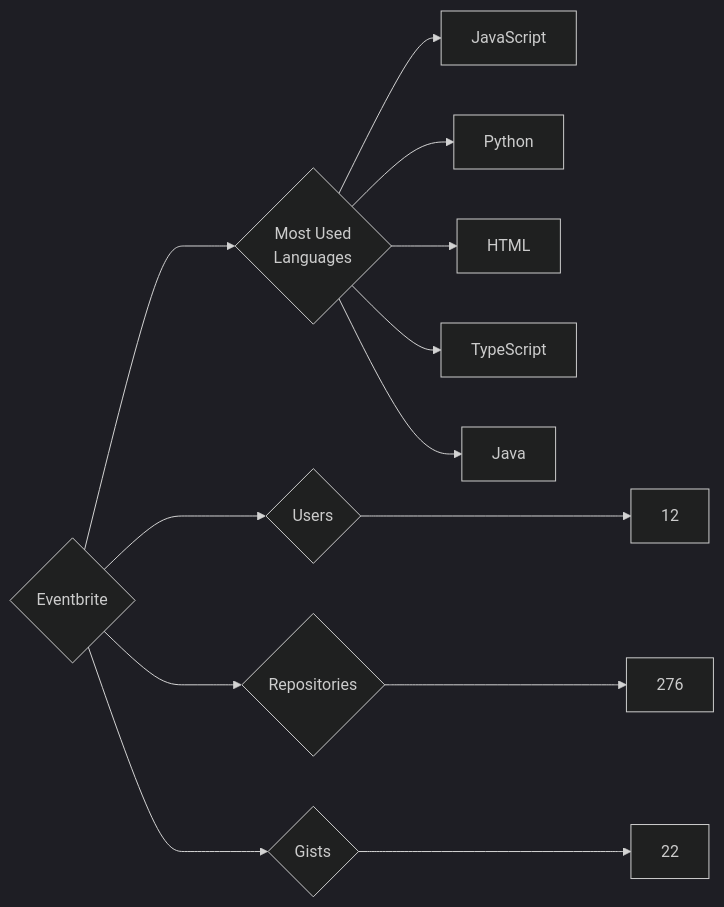
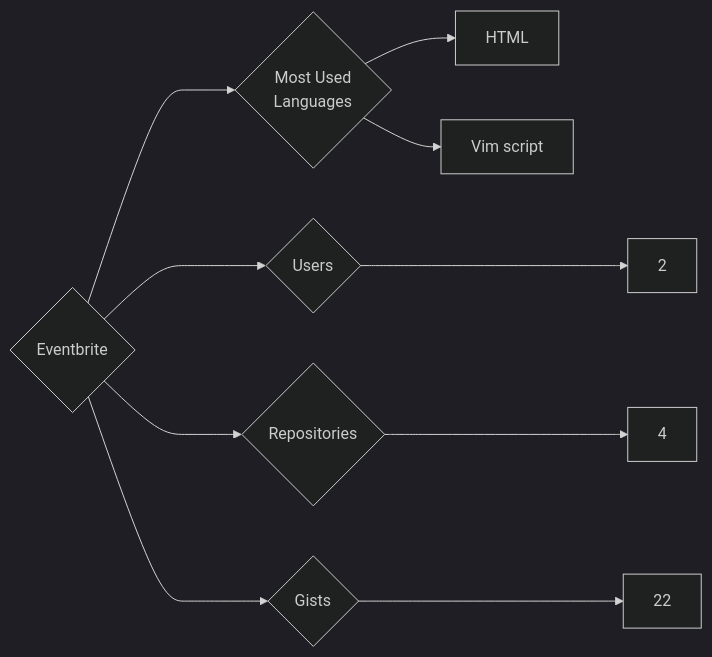
One commit to trickest/insiders changed the diagram in targets/Eventbrite/README.md. Above: the diagram before and after it, drawn with Mermaid (dark theme). The commit also changed 545 other files, not shown here.

````diff
--- a/targets/Eventbrite/README.md
+++ b/targets/Eventbrite/README.md
@@ -3,13 +3,10 @@
 ```mermaid
 graph LR
 COMPANY_NAME{Eventbrite}
-COMPANY_NAME ---> U{Users} ---> UN[12]
-COMPANY_NAME ---> R{Repositories} ---> RN[276]
+COMPANY_NAME ---> U{Users} ---> UN[2]
+COMPANY_NAME ---> R{Repositories} ---> RN[4]
 COMPANY_NAME ---> G{Gists} ---> GN[22]
 COMPANY_NAME ---> ML{Most Used<br>Languages}
-ML --> JavaScript[JavaScript]
-ML --> Python[Python]
 ML --> HTML[HTML]
-ML --> TypeScript[TypeScript]
-ML --> Java[Java]
+ML --> Vim_script[Vim script]
 ```
````
